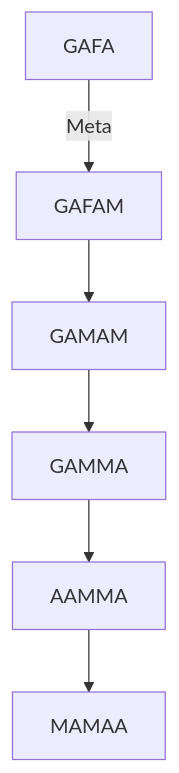
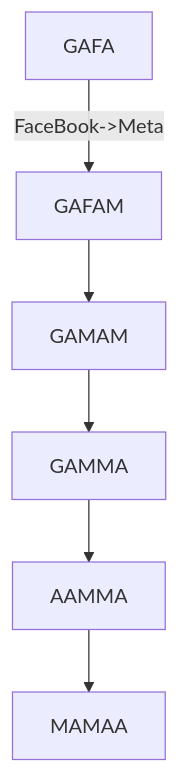
Before and after one commit to bebetakumi/mermaid: the diagram in 遊び用/GAMMA.md, drawn with Mermaid.

````diff
--- a/遊び用/GAMMA.md
+++ b/遊び用/GAMMA.md
@@ -1,6 +1,6 @@
 ```mermaid
 flowchart TD
 
-GAFA -- Meta --> GAFAM --> GAMAM --> GAMMA --> AAMMA --> MAMAA
+GAFA -- FaceBook->Meta --> GAFAM --> GAMAM --> GAMMA --> AAMMA --> MAMAA
 
 ```
````
